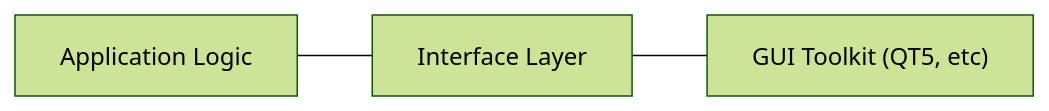
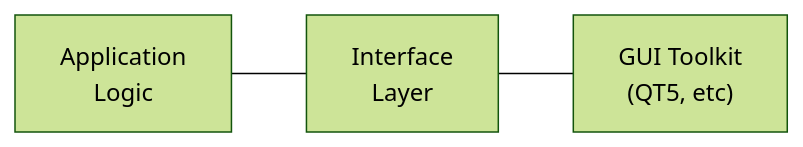
The diagram in doc/architecture/decisions/0002-change-of-gui-toolkit.md (RichardKruemmel/software-design-edu-maze), drawn with Mermaid (forest theme) before and after one commit.

Commit message:
Add line break

````diff
--- a/doc/architecture/decisions/0002-change-of-gui-toolkit.md
+++ b/doc/architecture/decisions/0002-change-of-gui-toolkit.md
@@ -17,8 +17,8 @@
 ``` mermaid
 graph LR
-    ApplicationLogic["Application Logic"]
-    InterfaceLayer["Interface Layer"]
-    GUIToolkit["GUI Toolkit (QT5, etc)"]
+    ApplicationLogic["Application <br> Logic"]
+    InterfaceLayer["Interface <br> Layer"]
+    GUIToolkit["GUI Toolkit <br> (QT5, etc)"]
     ApplicationLogic --- InterfaceLayer
     InterfaceLayer --- GUIToolkit
 ```
````
